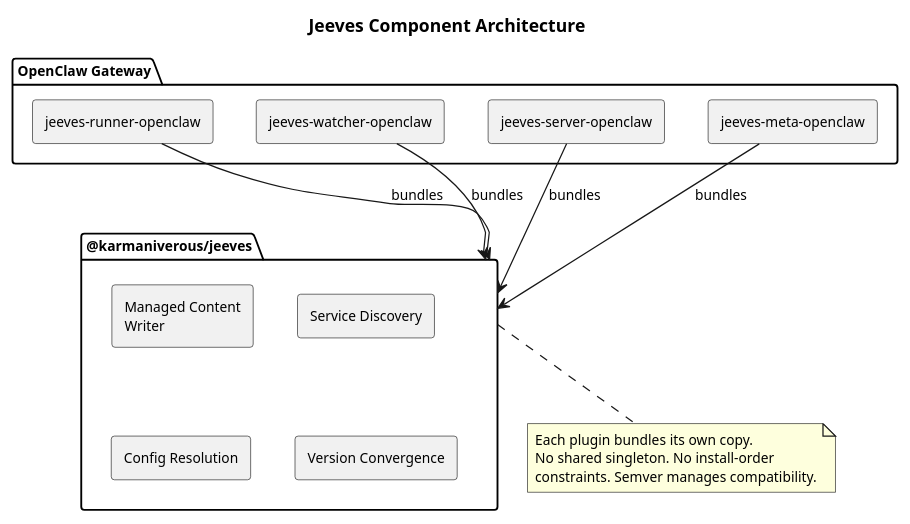
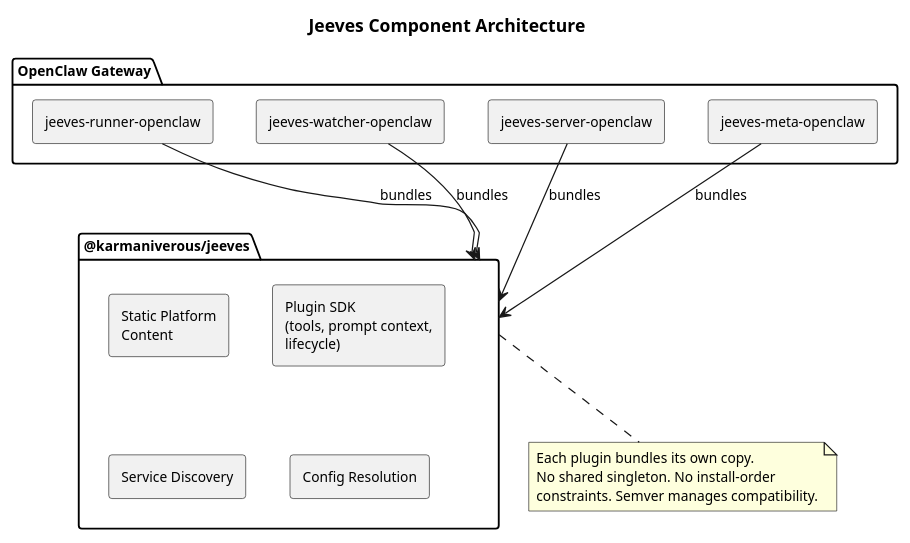
Before and after one commit to karmaniverous/jeeves: the diagram in diagrams/src/component-architecture.pu, drawn with PlantUML. The commit also changed 106 other files, not shown here.

First line of the commit message:
[108] feat!: static-only platform content; retire installer CLI and ComponentWriter (#108)

```diff
--- a/diagrams/src/component-architecture.pu
+++ b/diagrams/src/component-architecture.pu
@@ -1,34 +1,34 @@
 @startuml component-architecture
 skinparam componentStyle rectangle
 skinparam shadowing false
 skinparam defaultFontSize 11
 skinparam backgroundColor white
 
 title Jeeves Component Architecture
 
 package "OpenClaw Gateway" as gw {
   [jeeves-runner-openclaw] as runner_plugin
   [jeeves-watcher-openclaw] as watcher_plugin
   [jeeves-server-openclaw] as server_plugin
   [jeeves-meta-openclaw] as meta_plugin
 }
 
 package "@karmaniverous/jeeves" as lib {
-  [Managed Content\nWriter] as writer
+  [Static Platform\nContent] as content
+  [Plugin SDK\n(tools, prompt context,\nlifecycle)] as sdk
   [Service Discovery] as discovery
   [Config Resolution] as config
-  [Version Convergence] as convergence
 }
 
 runner_plugin -down-> lib : bundles
 watcher_plugin -down-> lib : bundles
 server_plugin -down-> lib : bundles
 meta_plugin -down-> lib : bundles
 
 note bottom of lib
   Each plugin bundles its own copy.
   No shared singleton. No install-order
   constraints. Semver manages compatibility.
 end note
 
 @enduml
```
